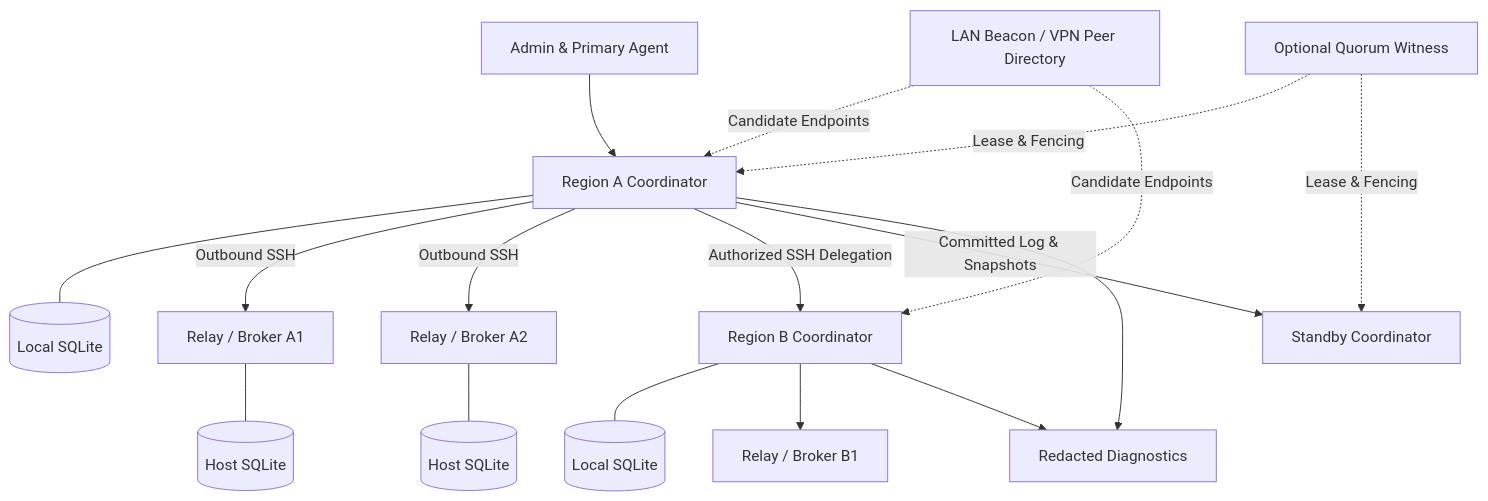
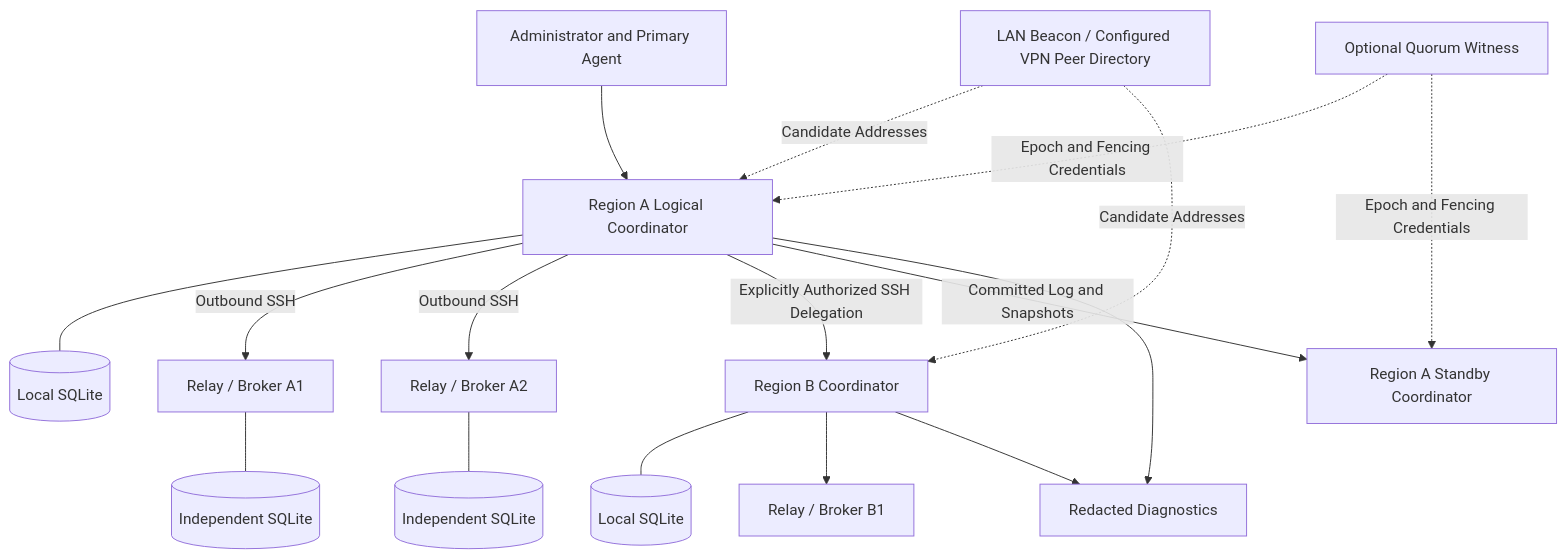
Before and after one commit to qinjian623/agent-bridge: the first of 4 diagrams in docs/multi-machine-future-design.md, drawn with Mermaid. The commit also changed other lines of this file and 92 other files, not shown here.

````diff
--- a/docs/multi-machine-future-design.md
+++ b/docs/multi-machine-future-design.md
@@ -24,19 +29,19 @@
 ```mermaid
 flowchart TB
-    Admin[Admin & Primary Agent] --> CA[Region A Coordinator]
+    Admin[Administrator and Primary Agent] --> CA[Region A Logical Coordinator]
     CA --- ADB[(Local SQLite)]
     CA -->|Outbound SSH| A1[Relay / Broker A1]
     CA -->|Outbound SSH| A2[Relay / Broker A2]
-    A1 --- D1[(Host SQLite)]
-    A2 --- D2[(Host SQLite)]
-    CA -->|Authorized SSH Delegation| CB[Region B Coordinator]
+    A1 --- D1[(Independent SQLite)]
+    A2 --- D2[(Independent SQLite)]
+    CA -->|Explicitly Authorized SSH Delegation| CB[Region B Coordinator]
     CB --- BDB[(Local SQLite)]
     CB --> B1[Relay / Broker B1]
-    Discovery[LAN Beacon / VPN Peer Directory] -.Candidate Endpoints.-> CA
-    Discovery -.Candidate Endpoints.-> CB
-    CA -->|Committed Log & Snapshots| Standby[Standby Coordinator]
-    Witness[Optional Quorum Witness] -.Lease & Fencing.-> CA
-    Witness -.Lease & Fencing.-> Standby
+    Discovery[LAN Beacon / Configured VPN Peer Directory] -.Candidate Addresses.-> CA
+    Discovery -.Candidate Addresses.-> CB
+    CA -->|Committed Log and Snapshots| Standby[Region A Standby Coordinator]
+    Witness[Optional Quorum Witness] -.Epoch and Fencing Credentials.-> CA
+    Witness -.Epoch and Fencing Credentials.-> Standby
     CA --> Aggregate[Redacted Diagnostics]
     CB --> Aggregate
 ```
````
